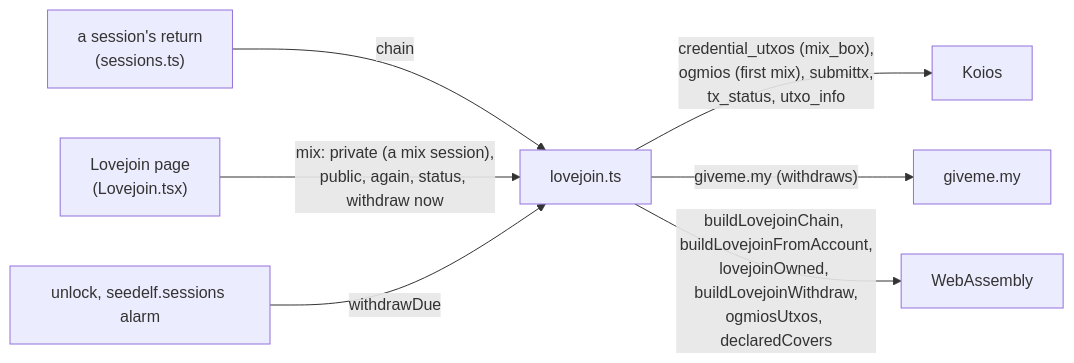
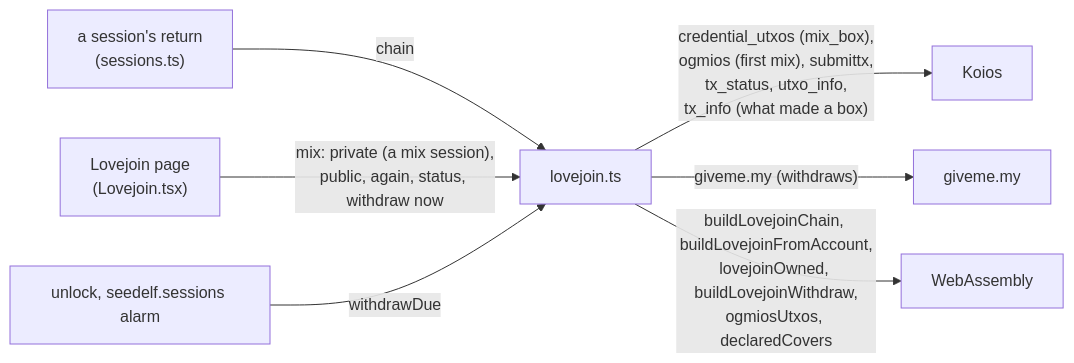
Before and after one commit to logical-mechanism/Seedelf-Wallet: the fourth of 4 diagrams in seedelf-platform/seedelf-web-wallet/docs/architecture.md, drawn with Mermaid. The commit also changed other lines of this file and 4 other files, not shown here.

````diff
--- a/seedelf-platform/seedelf-web-wallet/docs/architecture.md
+++ b/seedelf-platform/seedelf-web-wallet/docs/architecture.md
@@ -532,9 +532,9 @@
 ```mermaid
 flowchart LR
   R["a session's return<br/>(sessions.ts)"] -- "chain" --> L["lovejoin.ts"]
   T["Lovejoin page<br/>(Lovejoin.tsx)"] -- "mix: private (a mix session),<br/>public, again, status, withdraw now" --> L
   A["unlock, seedelf.sessions alarm"] -- "withdrawDue" --> L
-  L -- "credential_utxos (mix_box),<br/>ogmios (first mix), submittx,<br/>tx_status, utxo_info" --> K["Koios"]
+  L -- "credential_utxos (mix_box),<br/>ogmios (first mix), submittx,<br/>tx_status, utxo_info,<br/>tx_info (what made a box)" --> K["Koios"]
   L -- "giveme.my (withdraws)" --> G["giveme.my"]
   L -- "buildLovejoinChain, buildLovejoinFromAccount,<br/>lovejoinOwned, buildLovejoinWithdraw,<br/>ogmiosUtxos, declaredCovers" --> X["WebAssembly"]
 ```
````
